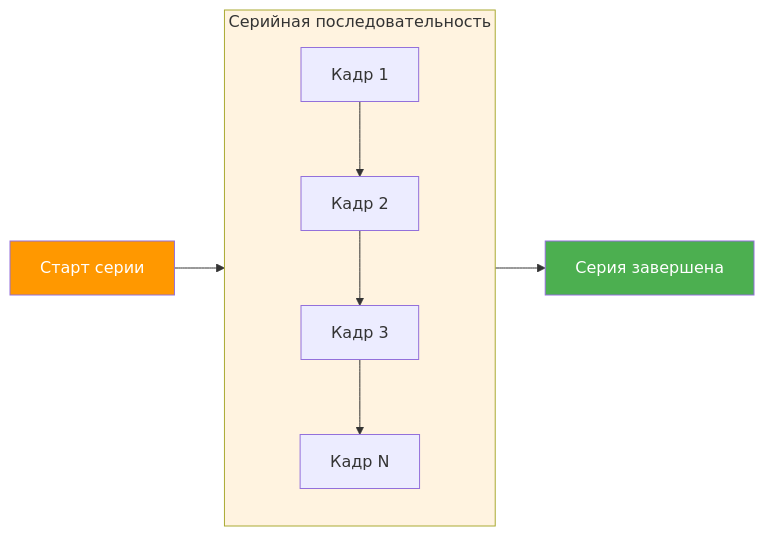
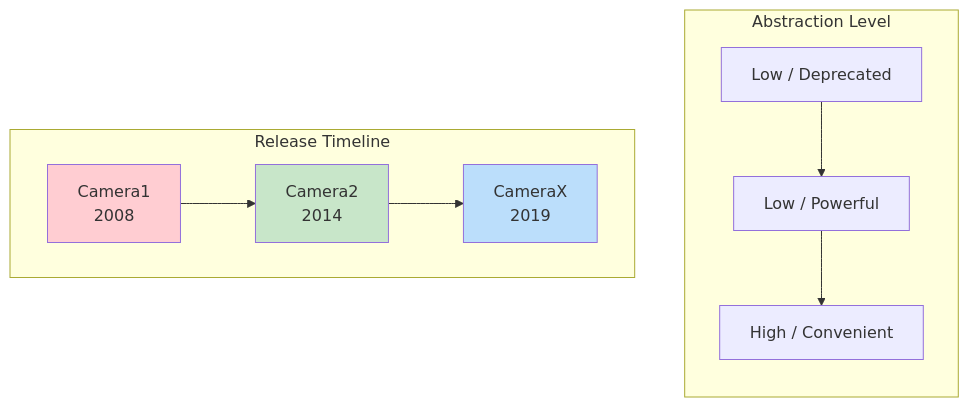
The first of 2 diagrams in website/i18n/ru/docusaurus-plugin-content-docs/current/camera2/welcome-to-android-camera2.md (zoozooll/AndroidCameraParameters), drawn with Mermaid before and after one commit. The commit also changed other lines of this file and 470 other files, not shown here.

````diff
--- a/website/i18n/ru/docusaurus-plugin-content-docs/current/camera2/welcome-to-android-camera2.md
+++ b/website/i18n/ru/docusaurus-plugin-content-docs/current/camera2/welcome-to-android-camera2.md
@@ -354,16 +47,18 @@
 ```mermaid
 flowchart LR
-    subgraph BURST ["Серийная последовательность"]
-        direction TB
-        A1["Кадр 1"] --> A2["Кадр 2"]
-        A2 --> A3["Кадр 3"]
-        A3 --> An["Кадр N"]
+    subgraph YEAR ["Release Timeline"]
+        direction LR
+        C1["Camera1<br/>2008"] --> C2["Camera2<br/>2014"] --> CX["CameraX<br/>2019"]
     end
     
-    B["Старт серии"] --> A1
-    An --> C["Серия завершена"]
+    subgraph LEVEL ["Abstraction Level"]
+        direction TB
+        L1["Low / Deprecated"] --> L2["Low / Powerful"] --> L3["High / Convenient"]
+    end
     
-    style BURST fill:#FFF3E0
-    style B fill:#FF9800,color:white
-    style C fill:#4CAF50,color:white
+    YEAR ~~~ LEVEL
+    
+    style C1 fill:#FFCDD2
+    style C2 fill:#C8E6C9
+    style CX fill:#BBDEFB
 ```
````
